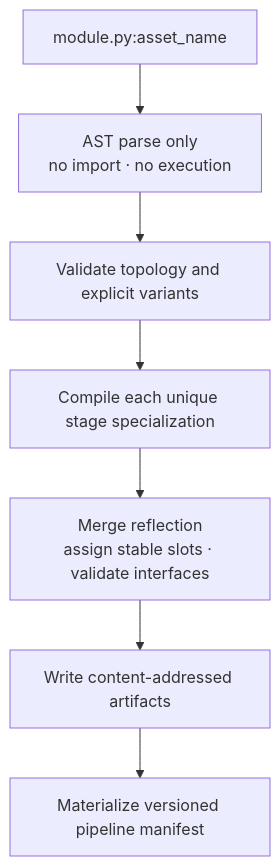
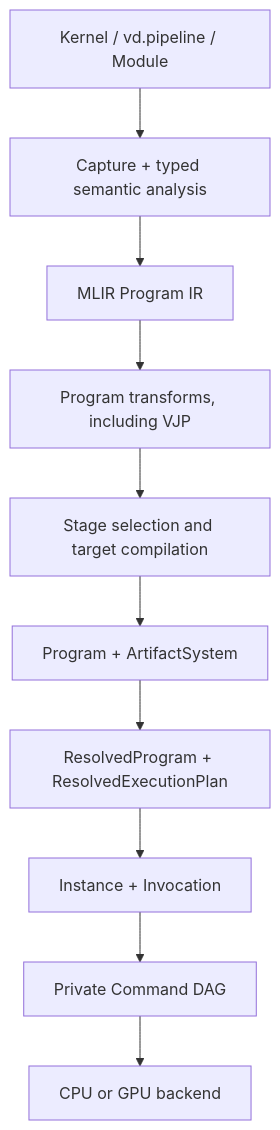
Before and after one commit to morphling666/VernonDSL: the diagram in ARCHITECTURE.md, drawn with Mermaid. The commit also changed other lines of this file and 812 other files, not shown here.

````diff
--- a/ARCHITECTURE.md
+++ b/ARCHITECTURE.md
@@ -511,12 +16,16 @@
 ```mermaid
 flowchart TD
-    Ref["module.py:asset_name"]
-    Parse["AST parse only<br/>no import · no execution"]
-    Variants["Validate topology and explicit variants"]
-    Compile["Compile each unique stage specialization"]
-    Plan["Merge reflection<br/>assign stable slots · validate interfaces"]
-    Artifacts["Write content-addressed artifacts"]
-    Manifest["Materialize versioned pipeline manifest"]
+    Source["Kernel / vd.pipeline / Module"]
+    Frontend["Capture + typed semantic analysis"]
+    ProgramIR["MLIR Program IR"]
+    Transform["Program transforms, including VJP"]
+    Compile["Stage selection and target compilation"]
+    Bundle["Program + ArtifactSystem"]
+    Resolve["ResolvedProgram + ResolvedExecutionPlan"]
+    Invoke["Instance + Invocation"]
+    Commands["Private Command DAG"]
+    Backend["CPU or GPU backend"]
 
-    Ref --> Parse --> Variants --> Compile --> Plan --> Artifacts --> Manifest
+    Source --> Frontend --> ProgramIR --> Transform --> Compile
+    Compile --> Bundle --> Resolve --> Invoke --> Commands --> Backend
 ```
````
